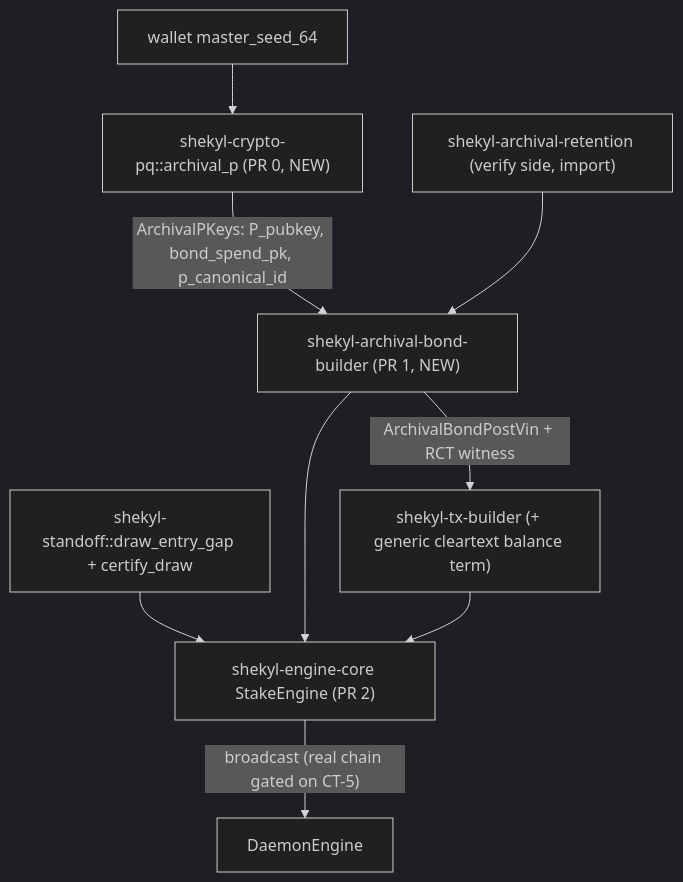
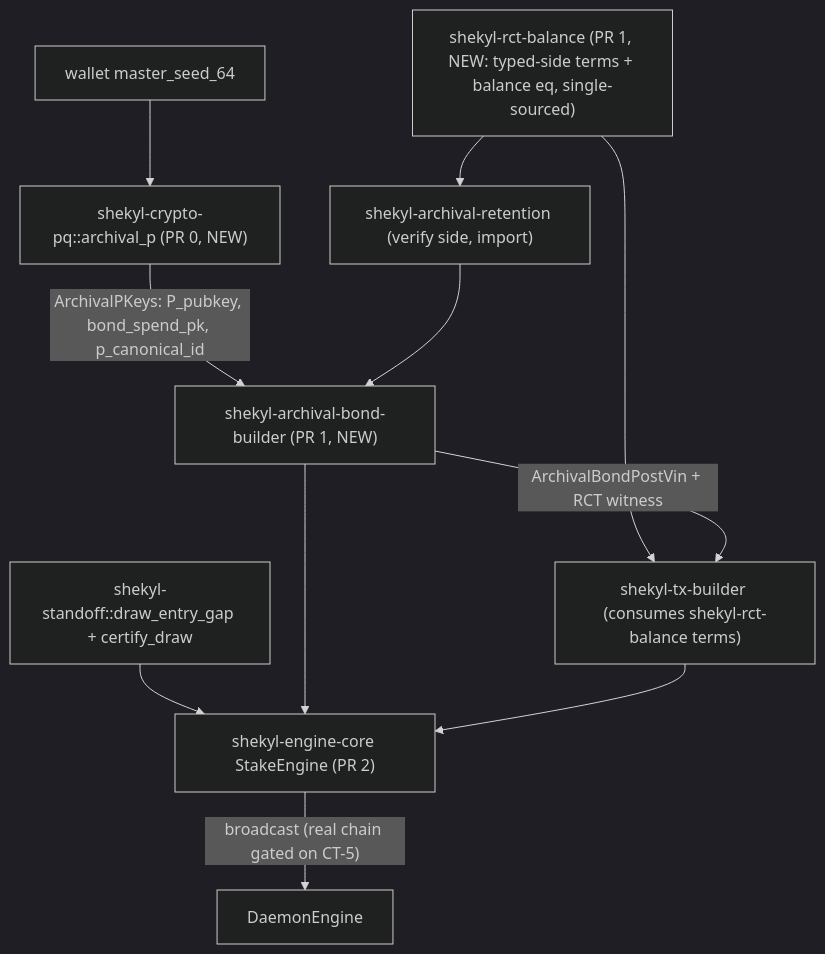
The first of 2 diagrams in docs/design/ARCHIVAL_BOND_CONSTRUCTION.md (Shekyl-Foundation/shekyl-core), drawn with Mermaid (dark theme) before and after one commit. The commit also changed other lines of this file, not shown here.

First line of the commit message:
docs: close Round 1 of archival bond-post construction design

````diff
--- a/docs/design/ARCHIVAL_BOND_CONSTRUCTION.md
+++ b/docs/design/ARCHIVAL_BOND_CONSTRUCTION.md
@@ -103,11 +106,13 @@
 ```mermaid
 flowchart TD
   seed["wallet master_seed_64"] --> ap["shekyl-crypto-pq::archival_p (PR 0, NEW)"]
   ap -->|"ArchivalPKeys: P_pubkey, bond_spend_pk, p_canonical_id"| bld["shekyl-archival-bond-builder (PR 1, NEW)"]
   ret["shekyl-archival-retention (verify side, import)"] --> bld
-  bld -->|"ArchivalBondPostVin + RCT witness"| txb["shekyl-tx-builder (+ generic cleartext balance term)"]
+  rctb["shekyl-rct-balance (PR 1, NEW: typed-side terms + balance eq, single-sourced)"] --> txb
+  rctb --> ret
+  bld -->|"ArchivalBondPostVin + RCT witness"| txb["shekyl-tx-builder (consumes shekyl-rct-balance terms)"]
   std["shekyl-standoff::draw_entry_gap + certify_draw"] --> eng["shekyl-engine-core StakeEngine (PR 2)"]
   bld --> eng
   txb --> eng
   eng -->|"broadcast (real chain gated on CT-5)"| daemon["DaemonEngine"]
 ```
````
